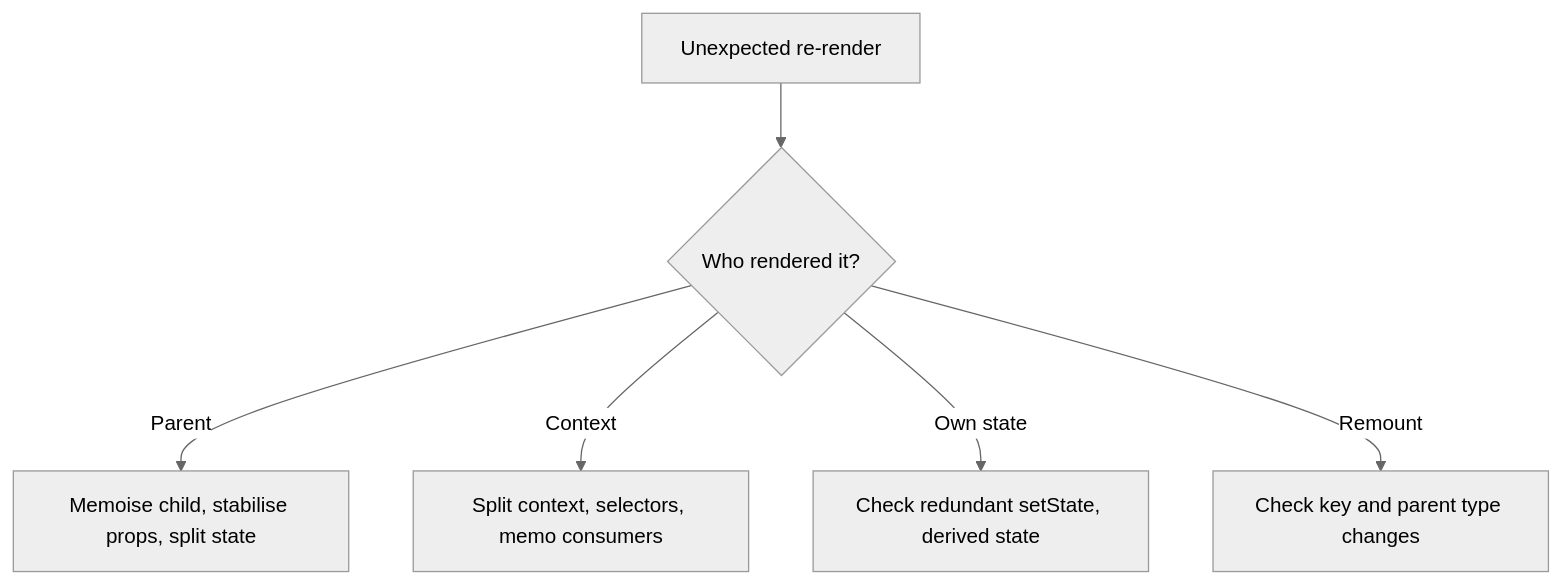
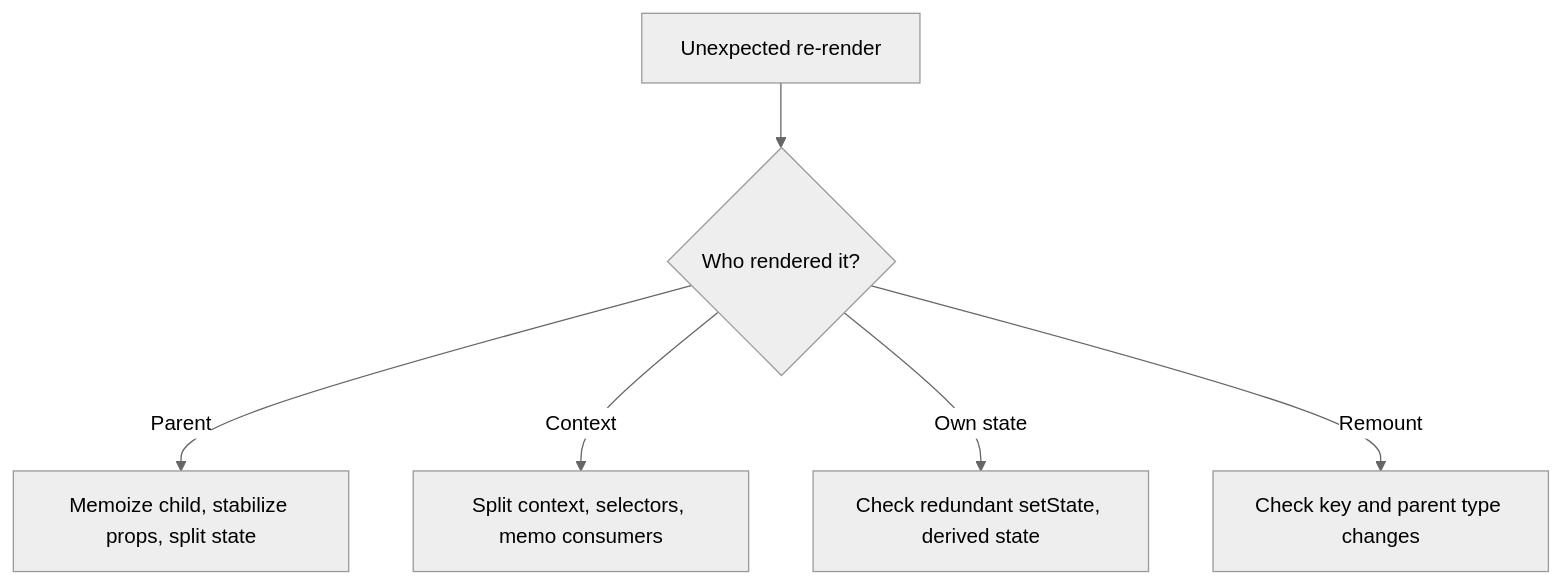
Before and after one commit to Sri-Bhat/Frontend-Interview-Handbook: the third of 3 diagrams in react-native-v2/03-react-internals-and-rendering-in-react-native.md, drawn with Mermaid (neutral theme). The commit also changed other lines of this file, not shown here.

````diff
--- a/react-native-v2/03-react-internals-and-rendering-in-react-native.md
+++ b/react-native-v2/03-react-internals-and-rendering-in-react-native.md
@@ -232,8 +235,8 @@
 ```mermaid
 flowchart TD
   A["Unexpected re-render"] --> B{"Who rendered it?"}
-  B -->|"Parent"| C["Memoise child, stabilise props, split state"]
+  B -->|"Parent"| C["Memoize child, stabilize props, split state"]
   B -->|"Context"| D["Split context, selectors, memo consumers"]
   B -->|"Own state"| E["Check redundant setState, derived state"]
   B -->|"Remount"| F["Check key and parent type changes"]
 ```
````
